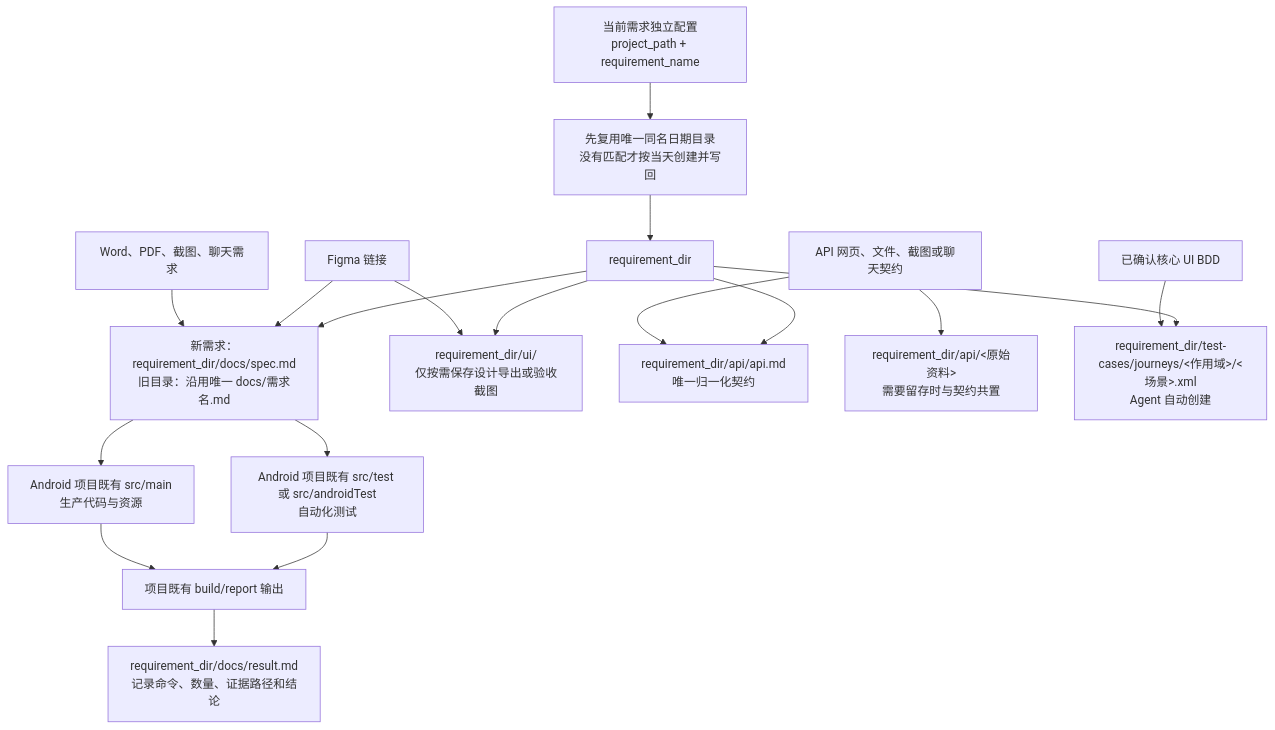
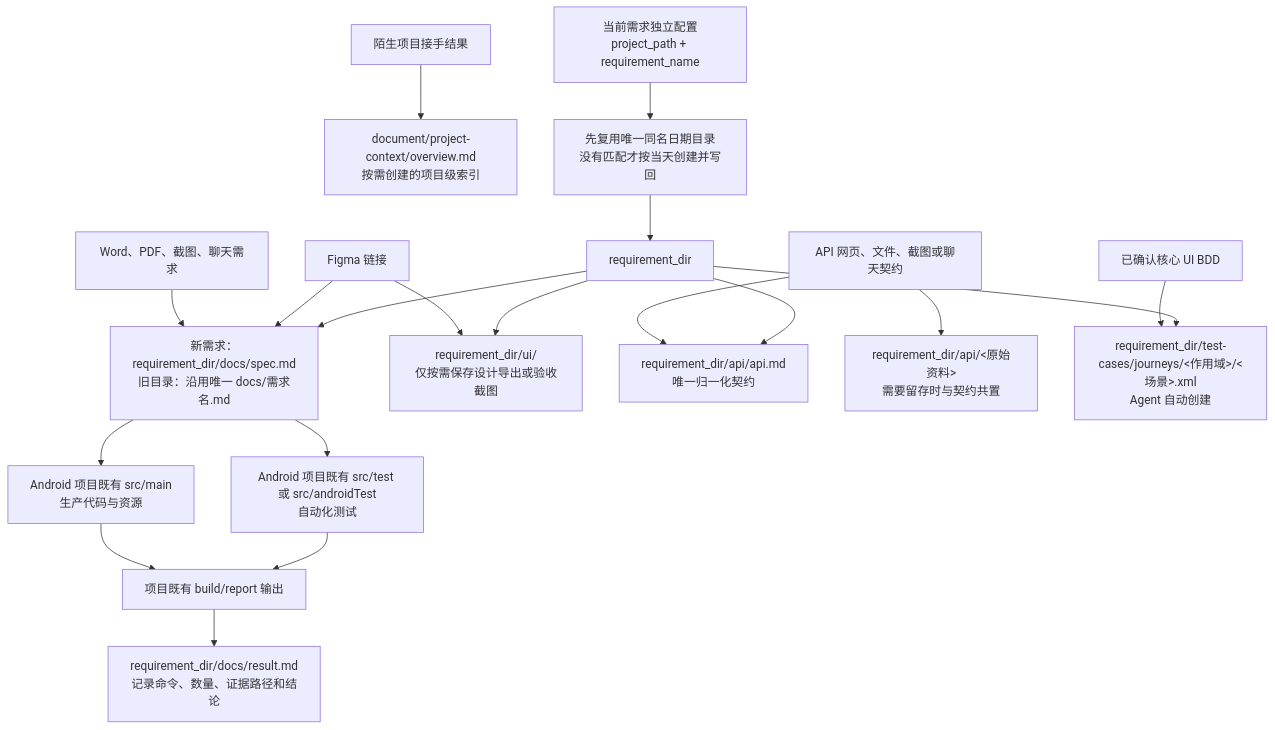
Diagram 11 of 11 in docs/FLOW_DIAGRAMS.md (yejuntian/android-delivery-skills), drawn with Mermaid before and after one commit. The commit also changed other lines of this file and 7 other files, not shown here.

````diff
--- a/docs/FLOW_DIAGRAMS.md
+++ b/docs/FLOW_DIAGRAMS.md
@@ -324,21 +346,22 @@
 ```mermaid
 flowchart TD
+    ONBOARD["陌生项目接手结果"] --> PROJECTCONTEXT["document/project-context/overview.md<br/>按需创建的项目级索引"]
     CONFIG["当前需求独立配置<br/>project_path + requirement_name"] --> LOCATE["先复用唯一同名日期目录<br/>没有匹配才按当天创建并写回"]
     LOCATE --> ROOT["requirement_dir"]
     REQUIREMENT["Word、PDF、截图、聊天需求"] --> SPEC["新需求：requirement_dir/docs/spec.md<br/>旧目录：沿用唯一 docs/需求名.md"]
     FIGMA["Figma 链接"] --> SPEC
     FIGMA --> UIEVIDENCE["requirement_dir/ui/<br/>仅按需保存设计导出或验收截图"]
     APIINPUT["API 网页、文件、截图或聊天契约"] --> APIMD["requirement_dir/api/api.md<br/>唯一归一化契约"]
     APIINPUT --> APIRAW["requirement_dir/api/<原始资料><br/>需要留存时与契约共置"]
     BDD["已确认核心 UI BDD"] --> JOURNEY["requirement_dir/test-cases/journeys/<作用域>/<场景>.xml<br/>Agent 自动创建"]
 
     SPEC --> CODE["Android 项目既有 src/main<br/>生产代码与资源"]
     SPEC --> TEST["Android 项目既有 src/test 或 src/androidTest<br/>自动化测试"]
     ROOT --> SPEC
     ROOT --> APIMD
     ROOT --> UIEVIDENCE
     ROOT --> JOURNEY
     CODE --> REPORT["项目既有 build/report 输出"]
     TEST --> REPORT
     REPORT --> RESULT["requirement_dir/docs/result.md<br/>记录命令、数量、证据路径和结论"]
 ```
````
